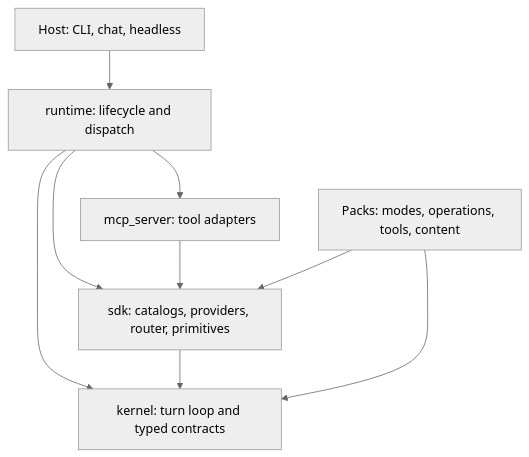
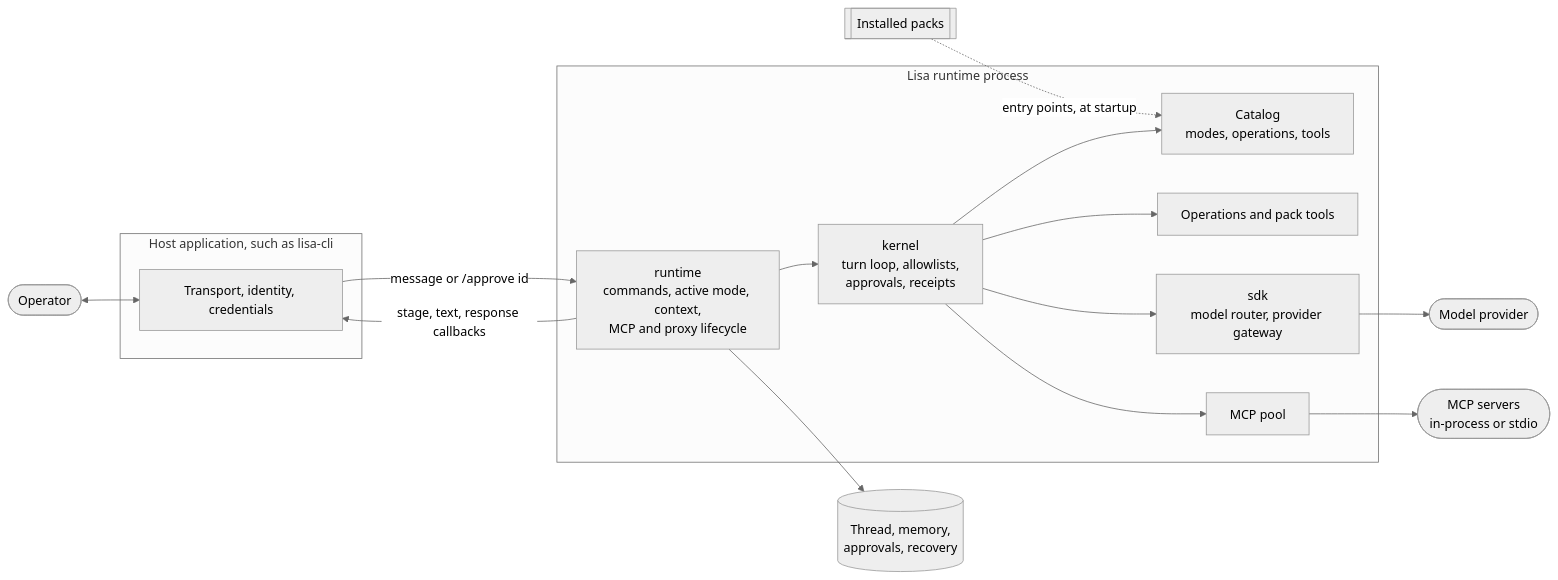
Before and after one commit to Lisa-Harness/lisa: the first of 2 diagrams in README.md, drawn with Mermaid (neutral theme). The commit also changed other lines of this file and 226 other files, not shown here.

````diff
--- a/README.md
+++ b/README.md
@@ -45,11 +68,27 @@
 ```mermaid
-flowchart TD
-    Host["Host: CLI, chat, headless"] --> Runtime["runtime: lifecycle and dispatch"]
-    Runtime --> Kernel["kernel: turn loop and typed contracts"]
-    Runtime --> SDK["sdk: catalogs, providers, router, primitives"]
-    Runtime --> MCP["mcp_server: tool adapters"]
-    MCP --> SDK
-    SDK --> Kernel
-    Packs["Packs: modes, operations, tools, content"] --> SDK
-    Packs --> Kernel
+flowchart LR
+    Operator(["Operator"]) <--> Host
+
+    subgraph HostApp["Host application, such as lisa-cli"]
+        Host["Transport, identity, credentials"]
+    end
+
+    subgraph Process["Lisa runtime process"]
+        Runtime["runtime<br/>commands, active mode, context,<br/>MCP and proxy lifecycle"]
+        Kernel["kernel<br/>turn loop, allowlists,<br/>approvals, receipts"]
+        Catalog["Catalog<br/>modes, operations, tools"]
+        Local["Operations and pack tools"]
+        Pool["MCP pool"]
+        Gateway["sdk<br/>model router, provider gateway"]
+    end
+
+    Packs[["Installed packs"]] -. "entry points, at startup" .-> Catalog
+    Host -- "message or /approve id" --> Runtime
+    Runtime -- "stage, text, response callbacks" --> Host
+    Runtime --> Kernel
+    Kernel --> Catalog
+    Kernel --> Gateway --> Provider(["Model provider"])
+    Kernel --> Local
+    Kernel --> Pool --> Servers(["MCP servers<br/>in-process or stdio"])
+    Runtime --> Store[("Thread, memory,<br/>approvals, recovery")]
 ```
````
